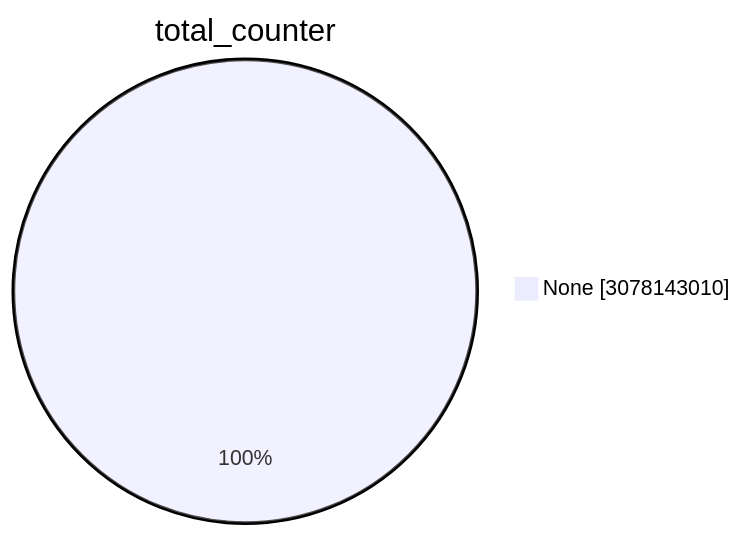
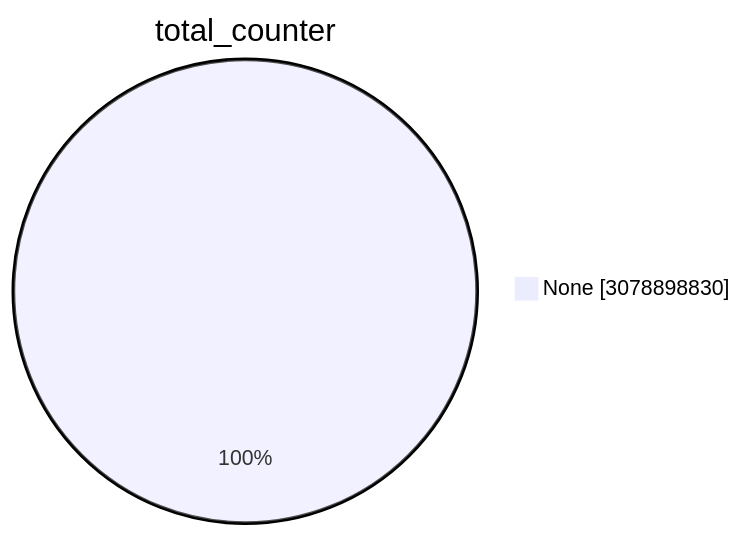
Before and after one commit to christiankrug/ctmonitor_visualization: the first of 15 diagrams in TOTAL/README.md, drawn with Mermaid. The commit also changed other lines of this file, not shown here.

````diff
--- a/TOTAL/README.md
+++ b/TOTAL/README.md
@@ -1,5 +1,5 @@
 ```mermaid
 pie showData
 title total_counter
-"None" :3078143010
+"None" :3078898830
 ```
````
